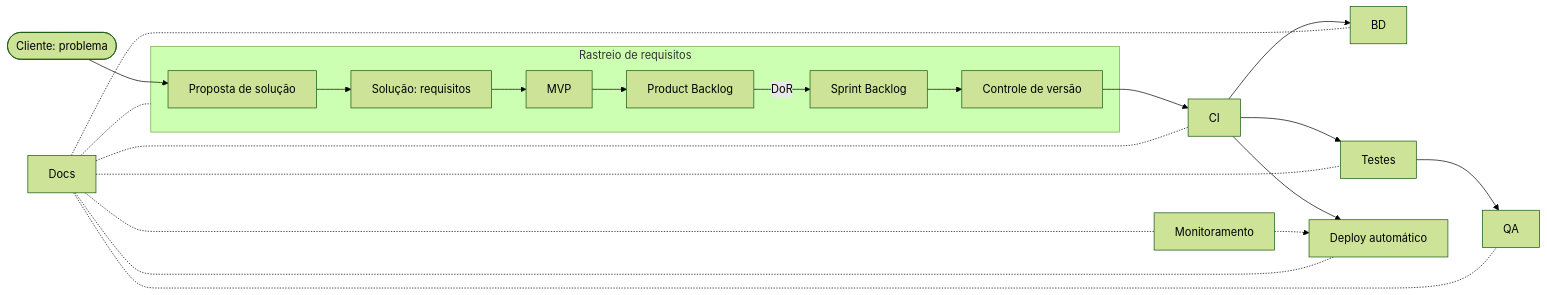
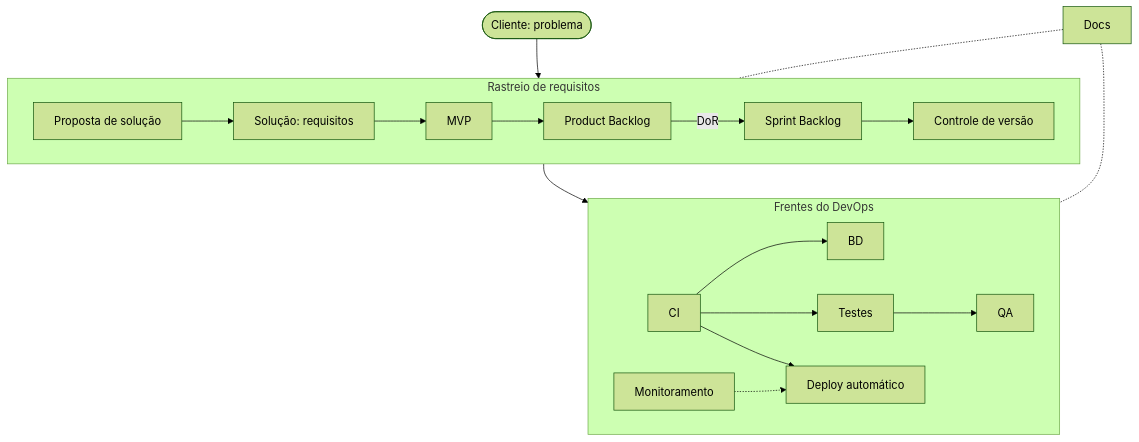
The diagram in Docs/pt_br/DevOps/README.md (Concord-API/API-5), drawn with Mermaid (forest theme) before and after one commit. The commit also changed 1 other file, not shown here.

Commit message:
docs: make the DevOps process diagram readable

````diff
--- a/Docs/pt_br/DevOps/README.md
+++ b/Docs/pt_br/DevOps/README.md
@@ -39,18 +39,23 @@
 ```mermaid
-flowchart LR
-    cliente(["Cliente: problema"]) --> proposta
+flowchart TD
+    cliente(["Cliente: problema"]) --> req
 
     subgraph req["Rastreio de requisitos"]
+        direction LR
         proposta["Proposta de solução"] --> requisitos["Solução: requisitos"]
         requisitos --> mvp["MVP"] --> pb["Product Backlog"]
         pb -->|DoR| sb["Sprint Backlog"] --> git["Controle de versão"]
     end
 
-    git --> ci["CI"]
-    ci --> bd["BD"]
-    ci --> testes["Testes"] --> qa["QA"]
-    ci --> deploy["Deploy automático"]
-    monit["Monitoramento"] -.-> deploy
+    req --> devops
 
-    docs["Docs"] -.- req & ci & bd & testes & qa & deploy & monit
+    subgraph devops["Frentes do DevOps"]
+        ci["CI"] --> bd["BD"]
+        ci --> testes["Testes"] --> qa["QA"]
+        ci --> deploy["Deploy automático"]
+        monit["Monitoramento"] -.-> deploy
+    end
+
+    docs["Docs"] -.- req
+    docs -.- devops
 ```
````
